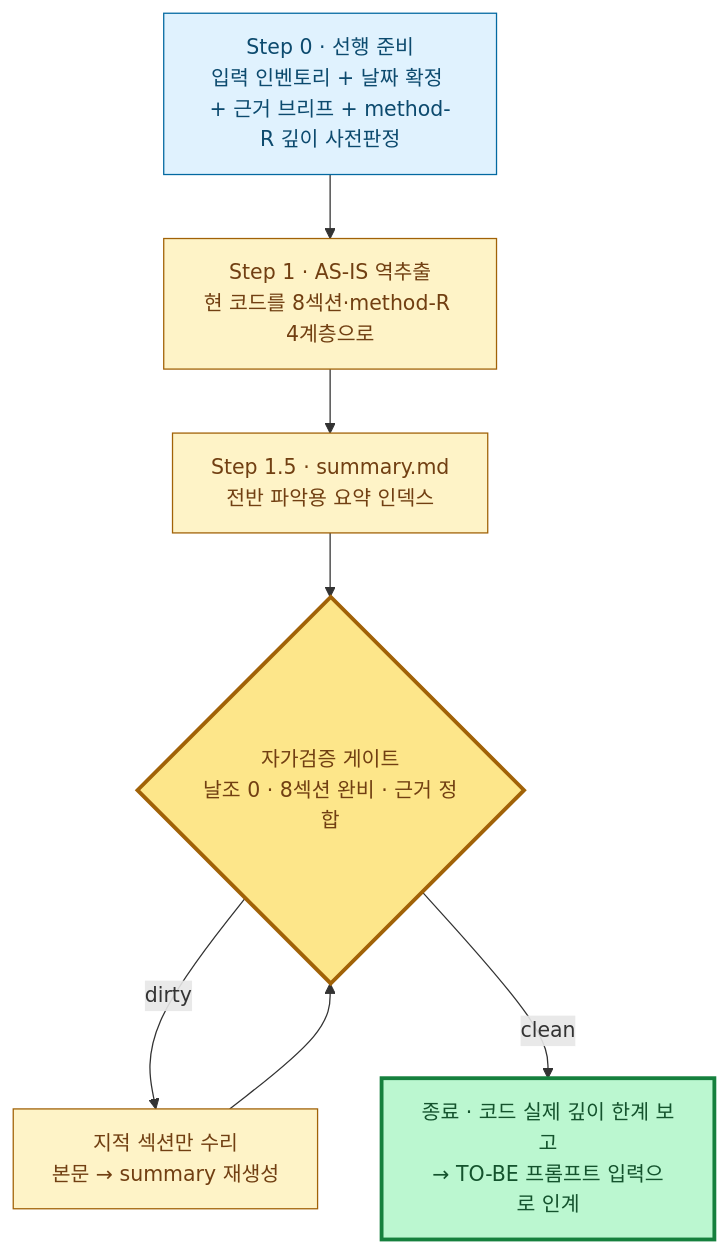
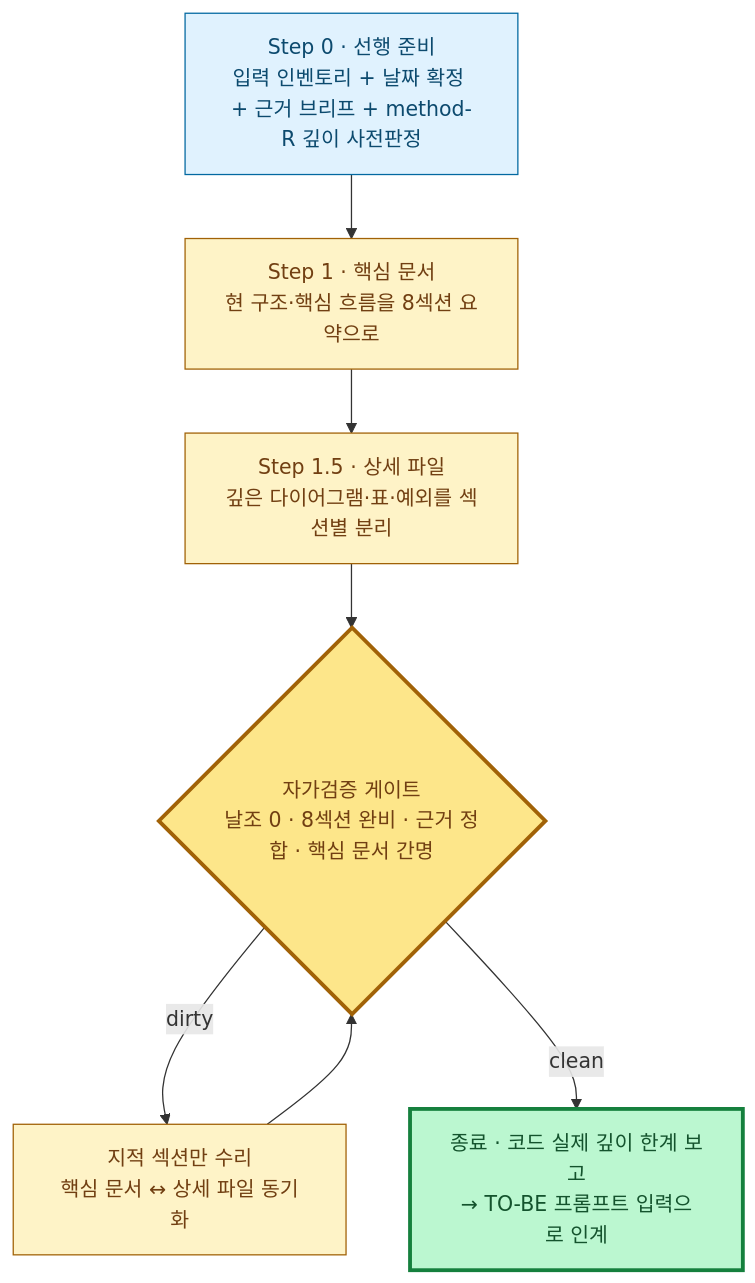
The diagram in prompts/system-design-as-is-prompt.md (ryujt/project-guides), drawn with Mermaid before and after one commit. The commit also changed other lines of this file and 3 other files, not shown here.

````diff
--- a/prompts/system-design-as-is-prompt.md
+++ b/prompts/system-design-as-is-prompt.md
@@ -46,21 +46,21 @@
 ```mermaid
 flowchart TB
   S0["Step 0 · 선행 준비<br/>입력 인벤토리 + 날짜 확정 + 근거 브리프 + method-R 깊이 사전판정"]
-  S1["Step 1 · AS-IS 역추출<br/>현 코드를 8섹션·method-R 4계층으로"]
-  SUM["Step 1.5 · summary.md<br/>전반 파악용 요약 인덱스"]
-  GATE{"자가검증 게이트<br/>날조 0 · 8섹션 완비 · 근거 정합"}
-  FIX["지적 섹션만 수리<br/>본문 → summary 재생성"]
+  S1["Step 1 · 핵심 문서<br/>현 구조·핵심 흐름을 8섹션 요약으로"]
+  DET["Step 1.5 · 상세 파일<br/>깊은 다이어그램·표·예외를 섹션별 분리"]
+  GATE{"자가검증 게이트<br/>날조 0 · 8섹션 완비 · 근거 정합 · 핵심 문서 간명"}
+  FIX["지적 섹션만 수리<br/>핵심 문서 ↔ 상세 파일 동기화"]
   DONE["종료 · 코드 실제 깊이 한계 보고<br/>→ TO-BE 프롬프트 입력으로 인계"]
-  S0 --> S1 --> SUM --> GATE
+  S0 --> S1 --> DET --> GATE
   GATE -->|"dirty"| FIX
   FIX --> GATE
   GATE -->|"clean"| DONE
   classDef prep fill:#e0f2fe,stroke:#0369a1,color:#0c4a6e
   classDef main fill:#fef3c7,stroke:#a16207,color:#713f12
   classDef gate fill:#fde68a,stroke:#a16207,stroke-width:3px,color:#713f12
   classDef done fill:#bbf7d0,stroke:#15803d,stroke-width:3px,color:#14532d
   class S0 prep
-  class S1,SUM,FIX main
+  class S1,DET,FIX main
   class GATE gate
   class DONE done
 ```
````
